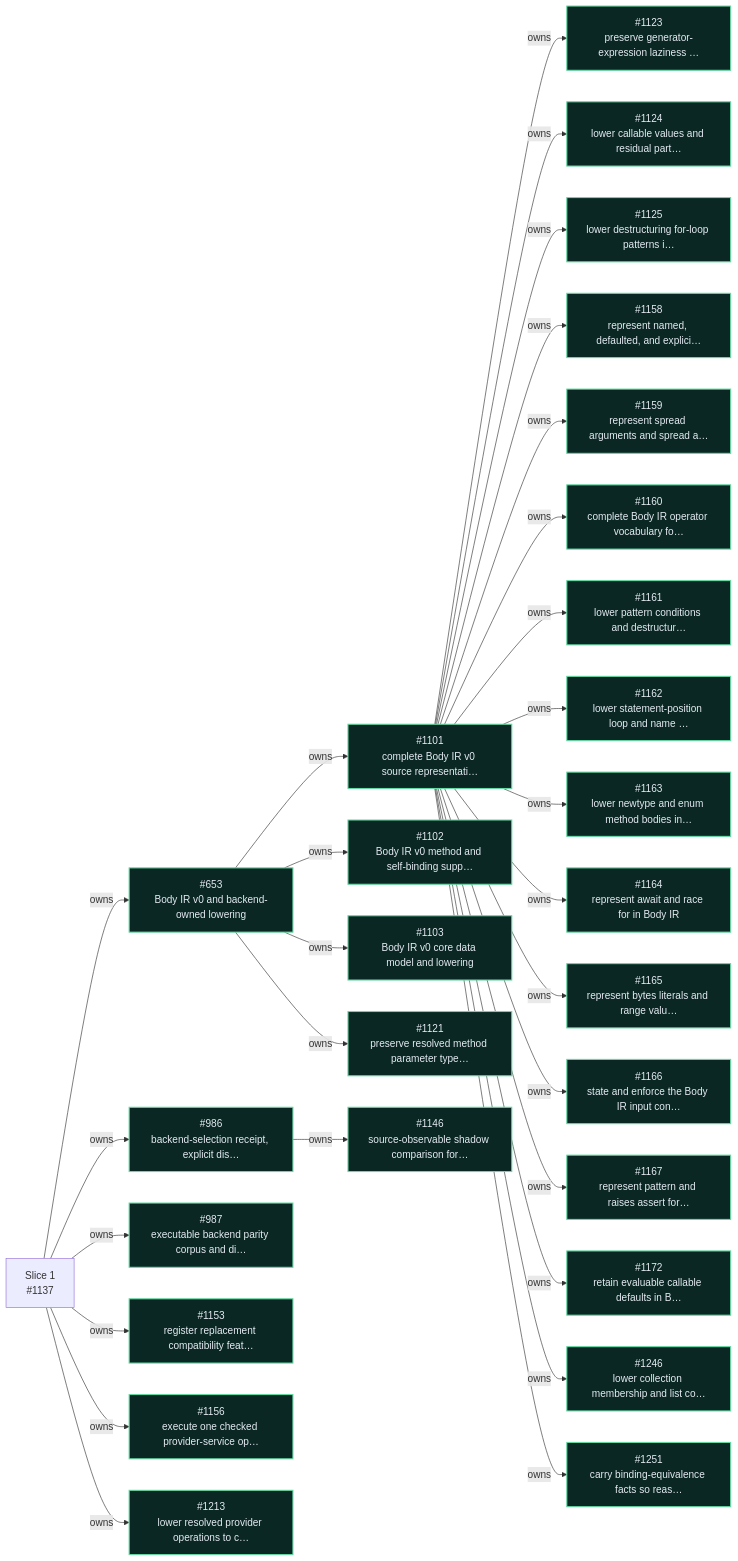
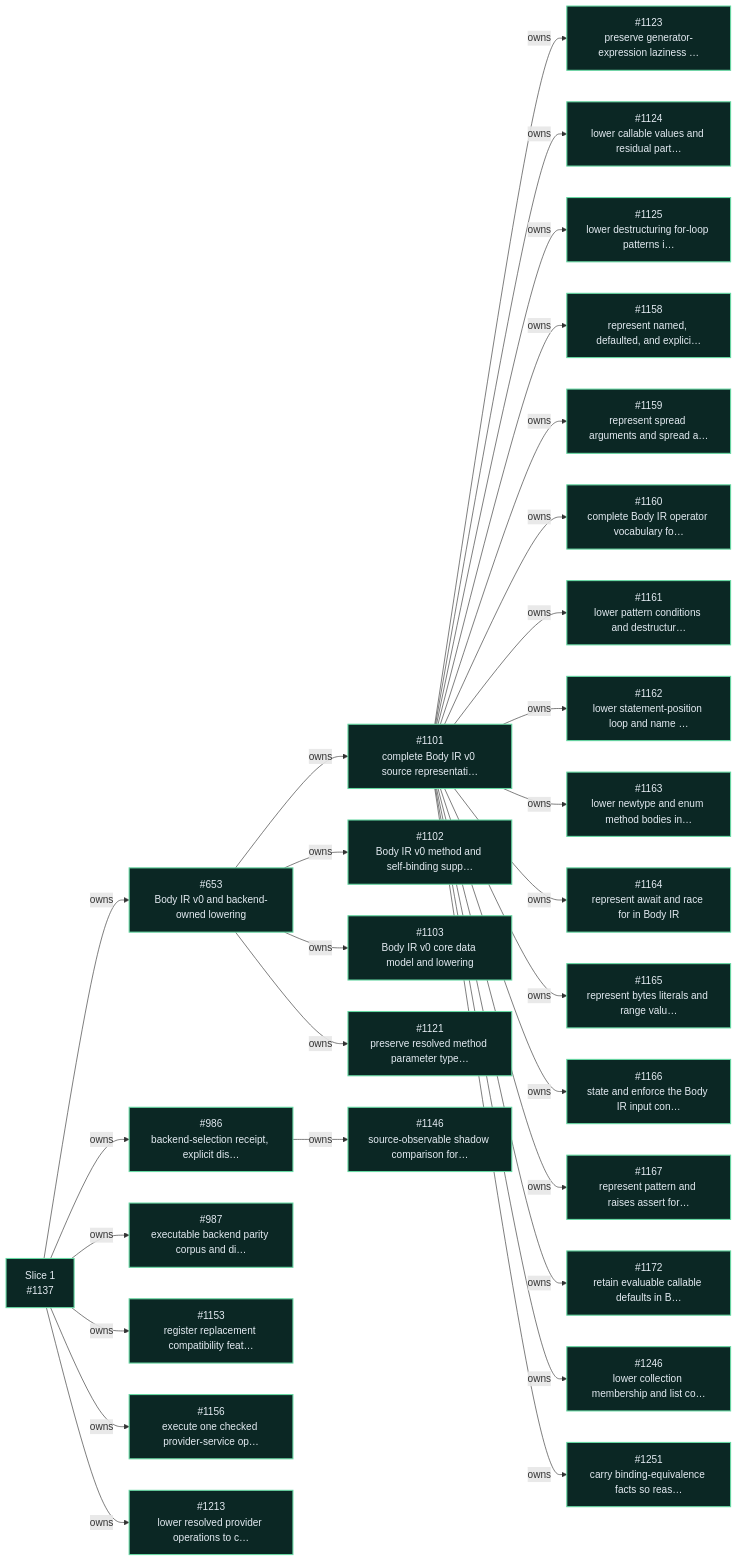
The first of 9 diagrams in workspaces/docs-site/docs/_snippets/project/v0_6_roadmap.md (dannys-code-corner/incan), drawn with Mermaid before and after one commit. The commit also changed other lines of this file and 3 other files, not shown here.

```diff
--- a/workspaces/docs-site/docs/_snippets/project/v0_6_roadmap.md
+++ b/workspaces/docs-site/docs/_snippets/project/v0_6_roadmap.md
@@ -119,7 +124,7 @@
   i1101 -- owns --> i1246
   i1101 -- owns --> i1251
   classDef incv06complete fill:#0b2724,stroke:#66d9a3,color:#e4ebf2,stroke-width:1.7px
-  class i653,i986,i987,i1101,i1102,i1103,i1121,i1123,i1124,i1125,i1146,i1153,i1156,i1158,i1159,i1160,i1161,i1162,i1163,i1164,i1165,i1166,i1167,i1172,i1213,i1246,i1251 incv06complete
+  class i653,i986,i987,i1101,i1102,i1103,i1121,i1123,i1124,i1125,s1137,i1146,i1153,i1156,i1158,i1159,i1160,i1161,i1162,i1163,i1164,i1165,i1166,i1167,i1172,i1213,i1246,i1251 incv06complete
   click i653 href "https://github.com/encero-systems/incan/issues/653" "Open #653 on GitHub"
   click i986 href "https://github.com/encero-systems/incan/issues/986" "Open #986 on GitHub"
   click i987 href "https://github.com/encero-systems/incan/issues/987" "Open #987 on GitHub"
```
